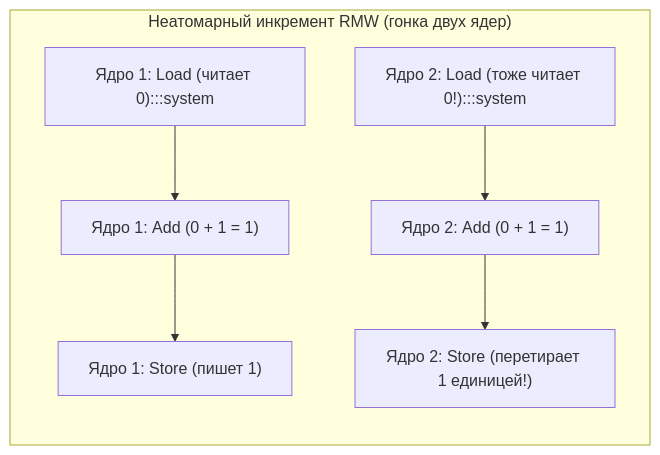
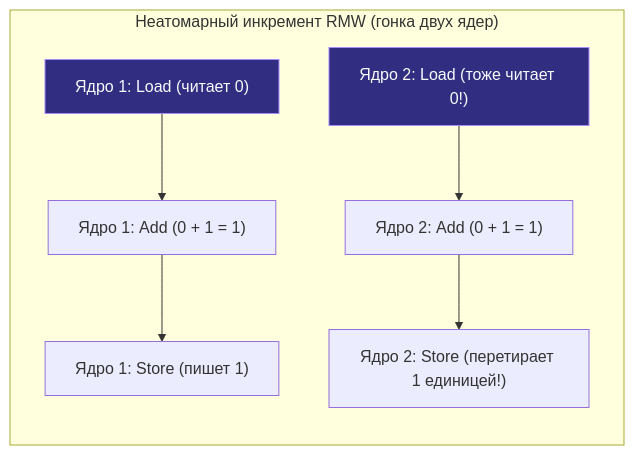
One commit to UnrealTemplier/go-textbook-ru changed the first of 2 diagrams in sources/1. Архитектура компьютера/23. Атомарные операции. CAS, Compare And Swap, Fetch And Add.md. Above: the diagram before and after it, drawn with Mermaid. The commit also changed other lines of this file and 77 other files, not shown here.

````diff
--- a/sources/1. Архитектура компьютера/23. Атомарные операции. CAS, Compare And Swap, Fetch And Add.md
+++ b/sources/1. Архитектура компьютера/23. Атомарные операции. CAS, Compare And Swap, Fetch And Add.md
@@ -22,20 +22,20 @@
 ```mermaid
 flowchart TD
     classDef process  fill:#1e293b,stroke:#38bdf8,stroke-width:1px,color:#f8fafc
     classDef success  fill:#064e3b,stroke:#34d399,stroke-width:1px,color:#f8fafc
     classDef error    fill:#7f1d1d,stroke:#f87171,stroke-width:1px,color:#f8fafc
     classDef warning  fill:#78350f,stroke:#fbbf24,stroke-width:1px,color:#f8fafc
     classDef entry    fill:#1e3a5f,stroke:#38bdf8,stroke-width:2px,color:#f8fafc
     classDef aux      fill:#334155,stroke:#64748b,stroke-width:1px,color:#f8fafc
     classDef system   fill:#312e81,stroke:#a78bfa,stroke-width:1px,color:#f8fafc
     classDef data     fill:#132d29,stroke:#2dd4bf,stroke-width:1px,color:#f8fafc
     classDef network  fill:#881337,stroke:#fb7185,stroke-width:1px,color:#f8fafc
     classDef accent   fill:#1e1b4b,stroke:#818cf8,stroke-width:1px,color:#f8fafc
     subgraph RMW["Неатомарный инкремент RMW (гонка двух ядер)"]
         direction TB
-        C1_Read["Ядро 1: Load (читает 0):::system"] --> C1_Add["Ядро 1: Add (0 + 1 = 1)"]
-        C2_Read["Ядро 2: Load (тоже читает 0!):::system"] --> C2_Add["Ядро 2: Add (0 + 1 = 1)"]
+        C1_Read["Ядро 1: Load (читает 0)"]:::system --> C1_Add["Ядро 1: Add (0 + 1 = 1)"]
+        C2_Read["Ядро 2: Load (тоже читает 0!)"]:::system --> C2_Add["Ядро 2: Add (0 + 1 = 1)"]
         C1_Add --> C1_Write["Ядро 1: Store (пишет 1)"]
         C2_Add --> C2_Write["Ядро 2: Store (перетирает 1 единицей!)"]
     end
 ```
````
